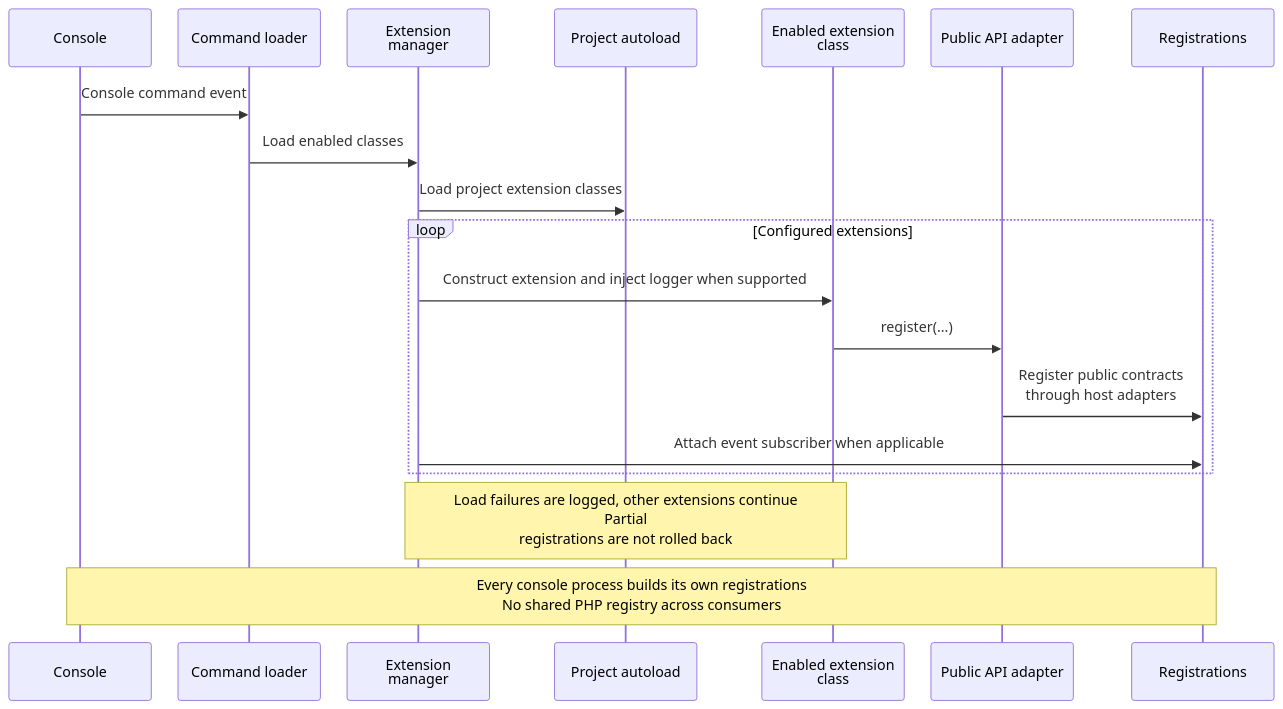
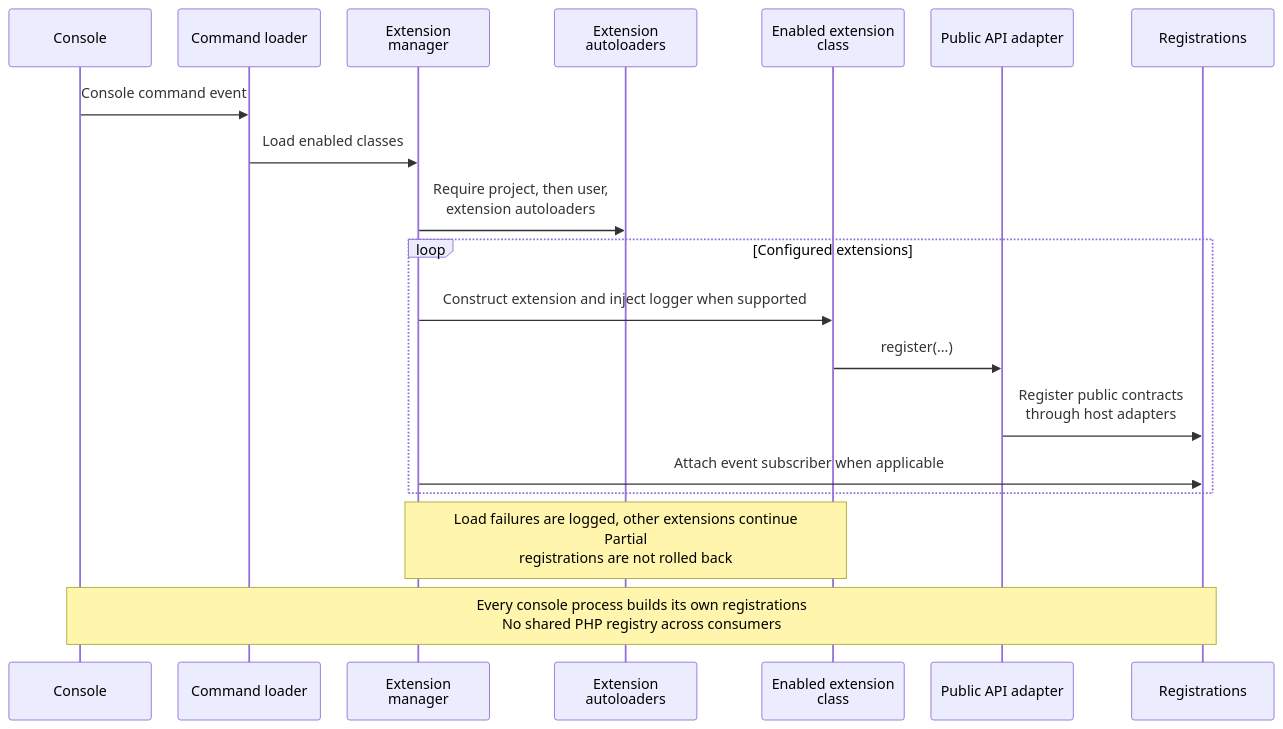
The first of 5 diagrams in architecture/extensions-and-agents.md (ineersa/agent-core), drawn with Mermaid before and after one commit. The commit also changed other lines of this file and 86 other files, not shown here.

First line of the commit message:
Fix documentation drift and expand architecture diagrams

````diff
--- a/architecture/extensions-and-agents.md
+++ b/architecture/extensions-and-agents.md
@@ -40,23 +40,23 @@
 ```mermaid
 %%{init: {"sequence": {"wrap": true, "width": 160, "actorMargin": 30, "diagramMarginX": 10, "messageMargin": 30}}}%%
 sequenceDiagram
     participant Console
     participant Loader as Command loader
     participant Manager as Extension manager
-    participant Autoload as Project autoload
+    participant Autoload as Extension autoloaders
     participant Extension as Enabled extension class
     participant API as Public API adapter
     participant Registry as Registrations
 
     Console->>Loader: Console command event
     Loader->>Manager: Load enabled classes
-    Manager->>Autoload: Load project extension classes
+    Manager->>Autoload: Require project, then user, extension autoloaders
     loop Configured extensions
         Manager->>Extension: Construct extension and inject logger when supported
         Extension->>API: register(...)
         API->>Registry: Register public contracts through host adapters
         Manager->>Registry: Attach event subscriber when applicable
     end
     Note over Manager,Extension: Load failures are logged, other extensions continue<br/>Partial registrations are not rolled back
     Note over Console,Registry: Every console process builds its own registrations<br/>No shared PHP registry across consumers
 ```
````
